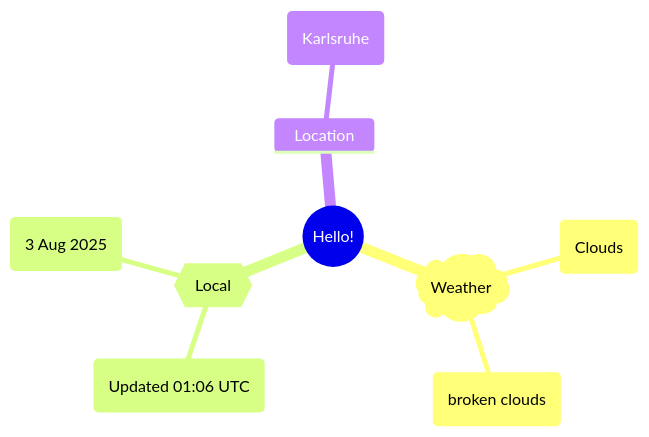
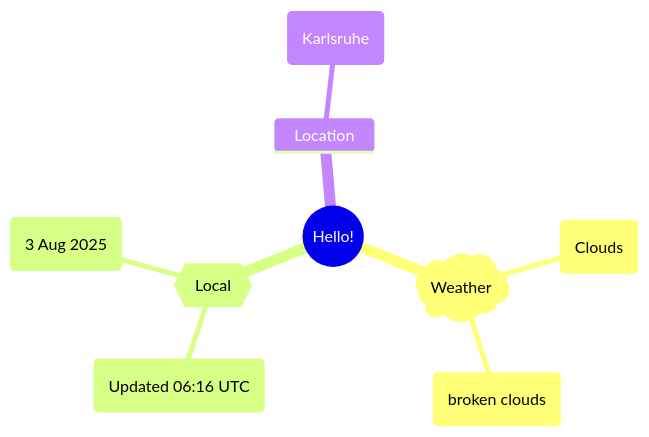
The first of 2 diagrams in README.md (Xosrov/Xosrov), drawn with Mermaid before and after one commit.

Commit message:
[bot] updated images

````diff
--- a/README.md
+++ b/README.md
@@ -3,12 +3,12 @@
 ```mermaid
 mindmap
   root((Hello!))
     )Weather(
         (Clouds)
         (broken clouds)
     {{Local}}
-        (Updated 01:06 UTC)
+        (Updated 06:16 UTC)
         (3 Aug 2025)
     Location
         (Karlsruhe)
 ```
````
